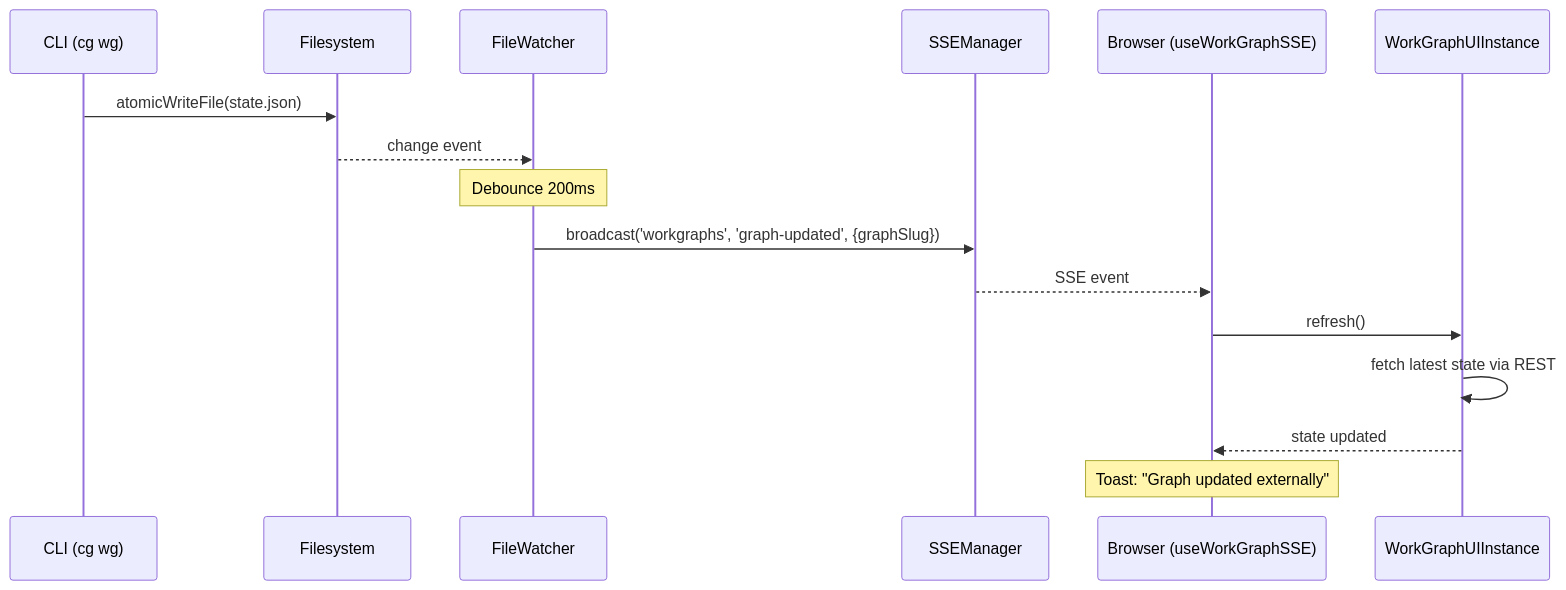
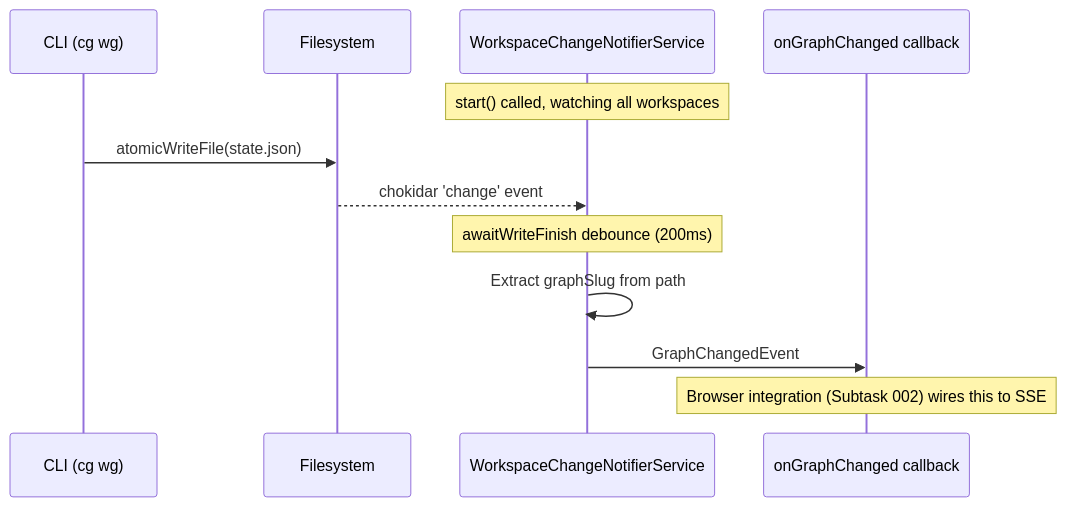
Before and after one commit to AI-Substrate/chainglass: the second of 2 diagrams in docs/plans/022-workgraph-ui/tasks/phase-4-real-time-updates/001-subtask-file-watching-for-cli-changes.md, drawn with Mermaid. The commit also changed other lines of this file and 1 other file, not shown here.

First line of the commit message:
chore(plan): update subtask 001 file watching dossier

````diff
--- a/docs/plans/022-workgraph-ui/tasks/phase-4-real-time-updates/001-subtask-file-watching-for-cli-changes.md
+++ b/docs/plans/022-workgraph-ui/tasks/phase-4-real-time-updates/001-subtask-file-watching-for-cli-changes.md
@@ -284,19 +1260,16 @@
 ```mermaid
 sequenceDiagram
     participant CLI as CLI (cg wg)
     participant FS as Filesystem
-    participant FW as FileWatcher
-    participant SSE as SSEManager
-    participant Client as Browser (useWorkGraphSSE)
-    participant Instance as WorkGraphUIInstance
+    participant WCNS as WorkspaceChangeNotifierService
+    participant Callback as onGraphChanged callback
+
+    Note over WCNS: start() called, watching all workspaces
 
     CLI->>FS: atomicWriteFile(state.json)
-    FS-->>FW: change event
-    Note over FW: Debounce 200ms
-    FW->>SSE: broadcast('workgraphs', 'graph-updated', {graphSlug})
-    SSE-->>Client: SSE event
-    Client->>Instance: refresh()
-    Instance->>Instance: fetch latest state via REST
-    Instance-->>Client: state updated
-    Note over Client: Toast: "Graph updated externally"
+    FS-->>WCNS: chokidar 'change' event
+    Note over WCNS: awaitWriteFinish debounce (200ms)
+    WCNS->>WCNS: Extract graphSlug from path
+    WCNS->>Callback: GraphChangedEvent
+    Note over Callback: Browser integration (Subtask 002) wires this to SSE
 ```
````
